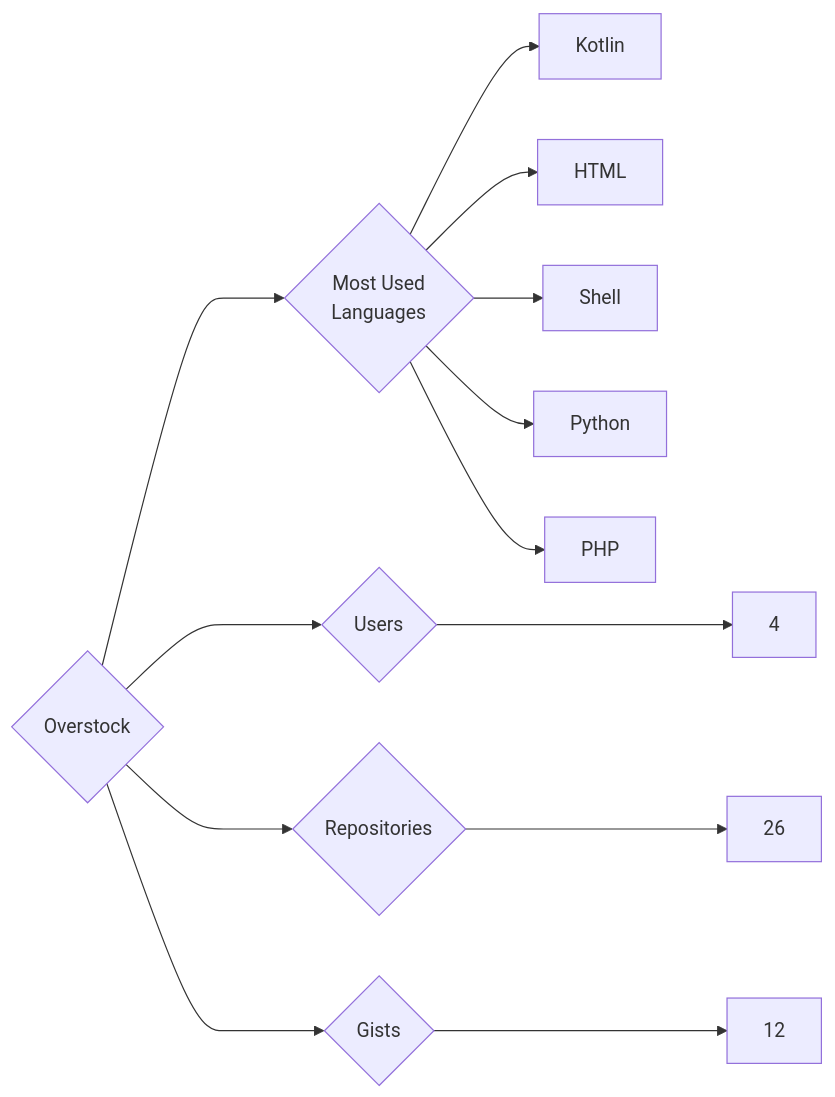
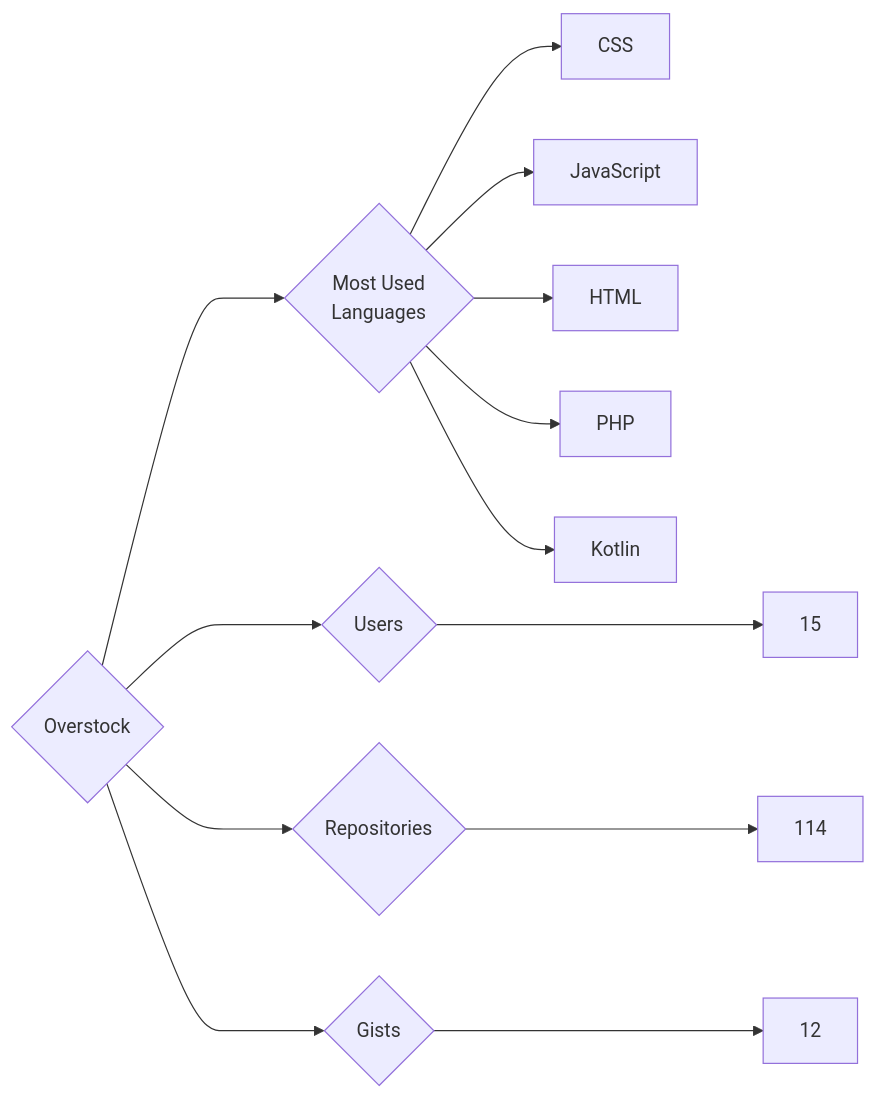
One commit to trickest/insiders changed the diagram in targets/Overstock/README.md. Above: the diagram before and after it, drawn with Mermaid. The commit also changed 725 other files, not shown here.

````diff
--- a/targets/Overstock/README.md
+++ b/targets/Overstock/README.md
@@ -3,13 +3,13 @@
 ```mermaid
 graph LR
 COMPANY_NAME{Overstock}
-COMPANY_NAME ---> U{Users} ---> UN[4]
-COMPANY_NAME ---> R{Repositories} ---> RN[26]
+COMPANY_NAME ---> U{Users} ---> UN[15]
+COMPANY_NAME ---> R{Repositories} ---> RN[114]
 COMPANY_NAME ---> G{Gists} ---> GN[12]
 COMPANY_NAME ---> ML{Most Used<br>Languages}
+ML --> CSS[CSS]
+ML --> JavaScript[JavaScript]
+ML --> HTML[HTML]
+ML --> PHP[PHP]
 ML --> Kotlin[Kotlin]
-ML --> HTML[HTML]
-ML --> Shell[Shell]
-ML --> Python[Python]
-ML --> PHP[PHP]
 ```
````
